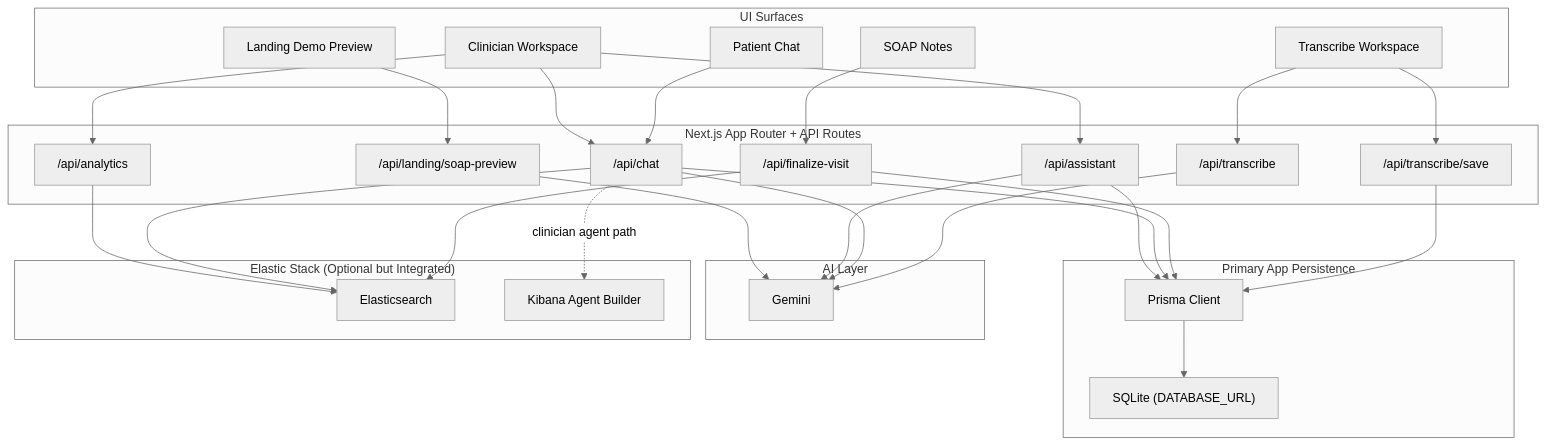
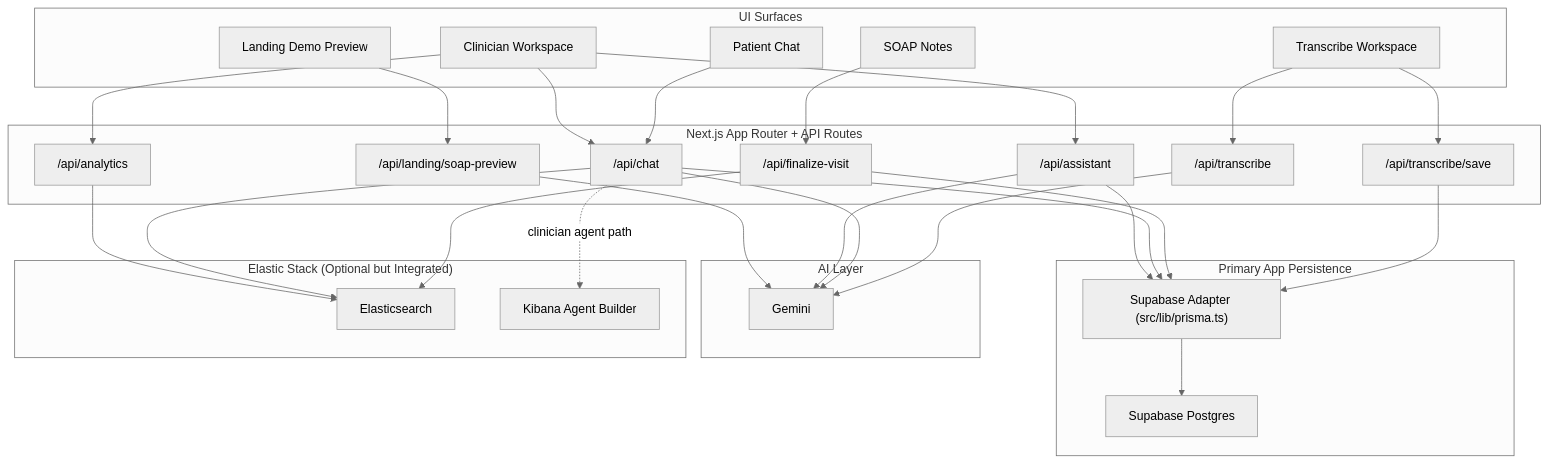
One commit to Manoj7ar/Synth changed the first of 6 diagrams in ELASTICSEARCH_INTEGRATION_DEEP_DIVE.md. Above: the diagram before and after it, drawn with Mermaid (neutral theme). The commit also changed other lines of this file and 1 other file, not shown here.

Commit message:
Update docs for Supabase runtime backend migration

````diff
--- a/ELASTICSEARCH_INTEGRATION_DEEP_DIVE.md
+++ b/ELASTICSEARCH_INTEGRATION_DEEP_DIVE.md
@@ -59,59 +59,59 @@
 ```mermaid
 flowchart TB
   subgraph UI["UI Surfaces"]
     CL["Clinician Workspace"]
     TR["Transcribe Workspace"]
     SN["SOAP Notes"]
     PT["Patient Chat"]
     LP["Landing Demo Preview"]
   end
 
   subgraph APP["Next.js App Router + API Routes"]
     T1["/api/transcribe"]
     T2["/api/transcribe/save"]
     FZ["/api/finalize-visit"]
     CH["/api/chat"]
     AN["/api/analytics"]
     AS["/api/assistant"]
     PV["/api/landing/soap-preview"]
   end
 
   subgraph PRIMARY["Primary App Persistence"]
-    PR["Prisma Client"]
-    DB["SQLite (DATABASE_URL)"]
+    PR["Supabase Adapter (src/lib/prisma.ts)"]
+    DB["Supabase Postgres"]
   end
 
   subgraph AI["AI Layer"]
     GM["Gemini"]
   end
 
   subgraph EL["Elastic Stack (Optional but Integrated)"]
     ES["Elasticsearch"]
     KB["Kibana Agent Builder"]
   end
 
   TR --> T1
   TR --> T2
   SN --> FZ
   PT --> CH
   CL --> CH
   CL --> AN
   CL --> AS
   LP --> PV
 
   T1 --> GM
   CH --> GM
   AS --> GM
   PV --> GM
 
   T2 --> PR
   FZ --> PR
   CH --> PR
   AS --> PR
   PR --> DB
 
   FZ --> ES
   CH --> ES
   AN --> ES
   CH -. clinician agent path .-> KB
 ```
````
